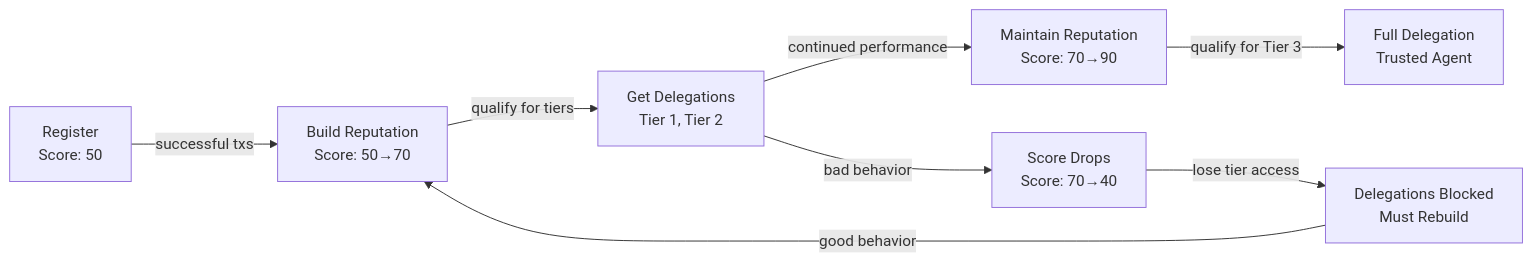
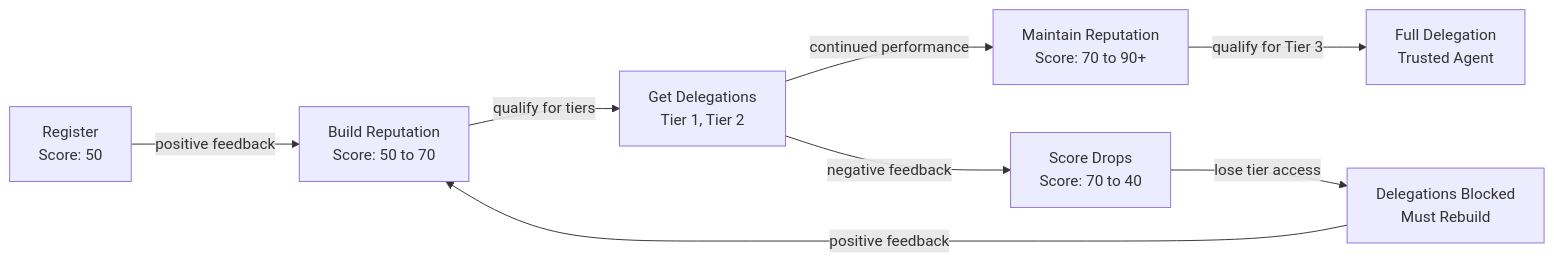
Before and after one commit to ElliotFriedman/iris-protocol: the diagram in docs/docs/identity.md, drawn with Mermaid. The commit also changed other lines of this file and 12 other files, not shown here.

````diff
--- a/docs/docs/identity.md
+++ b/docs/docs/identity.md
@@ -147,11 +115,11 @@
 ```mermaid
 graph LR
-    A["Register<br/>Score: 50"] -->|successful txs| B["Build Reputation<br/>Score: 50→70"]
+    A["Register<br/>Score: 50"] -->|positive feedback| B["Build Reputation<br/>Score: 50 to 70"]
     B -->|qualify for tiers| C["Get Delegations<br/>Tier 1, Tier 2"]
-    C -->|continued performance| D["Maintain Reputation<br/>Score: 70→90"]
+    C -->|continued performance| D["Maintain Reputation<br/>Score: 70 to 90+"]
     D -->|qualify for Tier 3| E["Full Delegation<br/>Trusted Agent"]
 
-    C -->|bad behavior| F["Score Drops<br/>Score: 70→40"]
+    C -->|negative feedback| F["Score Drops<br/>Score: 70 to 40"]
     F -->|lose tier access| G["Delegations Blocked<br/>Must Rebuild"]
-    G -->|good behavior| B
+    G -->|positive feedback| B
 ```
````
